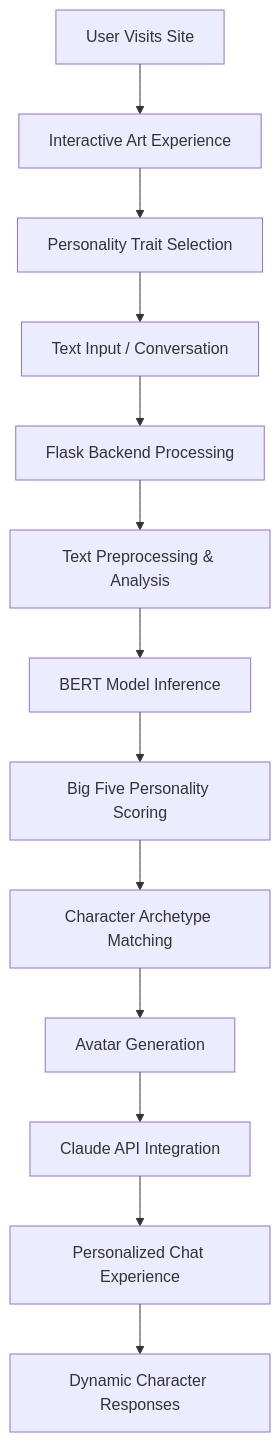
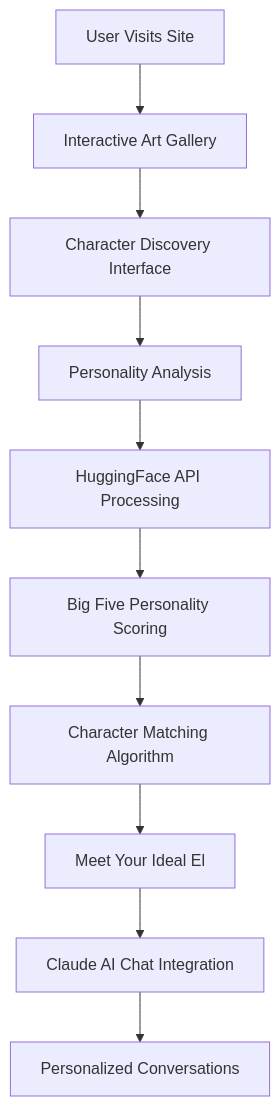
One commit to el-fuegoso/website changed the diagram in README.md. Above: the diagram before and after it, drawn with Mermaid. The commit also changed other lines of this file and 16 other files, not shown here.

````diff
--- a/README.md
+++ b/README.md
@@ -90,15 +98,12 @@
 ```mermaid
 graph TD
-    A[User Visits Site] --> B[Interactive Art Experience]
-    B --> C[Personality Trait Selection]
-    C --> D[Text Input / Conversation]
-    D --> E[Flask Backend Processing]
-    E --> F[Text Preprocessing & Analysis]
-    F --> G[BERT Model Inference]
-    G --> H[Big Five Personality Scoring]
-    H --> I[Character Archetype Matching]
-    I --> J[Avatar Generation]
-    J --> K[Claude API Integration]
-    K --> L[Personalized Chat Experience]
-    L --> M[Dynamic Character Responses]
+    A[User Visits Site] --> B[Interactive Art Gallery]
+    B --> C[Character Discovery Interface]
+    C --> D[Personality Analysis]
+    D --> E[HuggingFace API Processing]
+    E --> F[Big Five Personality Scoring]
+    F --> G[Character Matching Algorithm]
+    G --> H[Meet Your Ideal El]
+    H --> I[Claude AI Chat Integration]
+    I --> J[Personalized Conversations]
 ```
````
